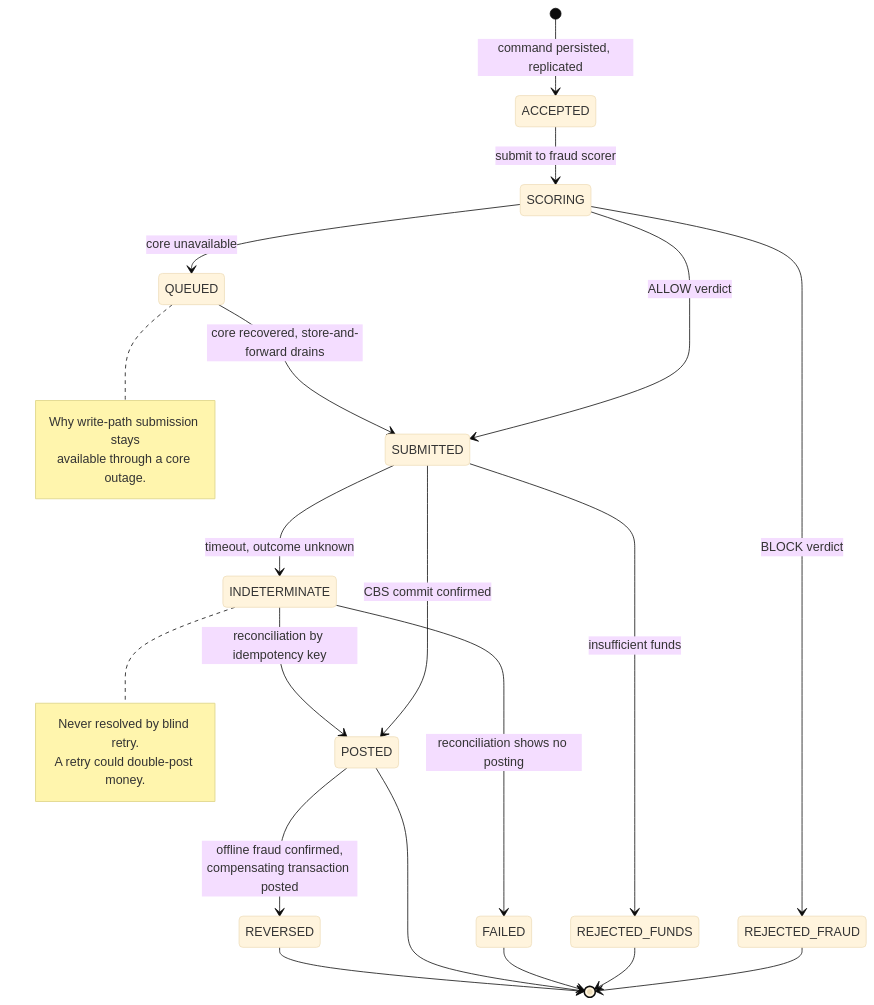
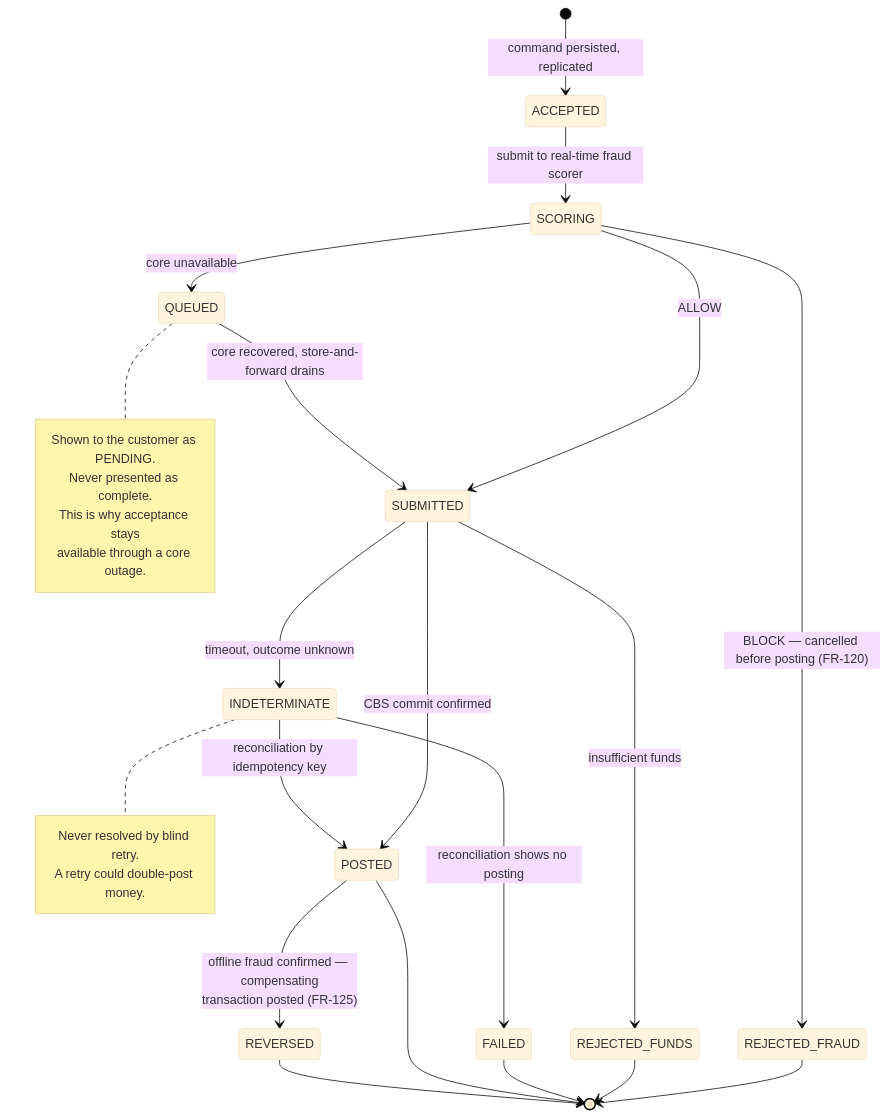
One commit to sunnydubey1111/neobank-digital-leap changed diagram 14 of 15 in docs/solution/diagrams.md. Above: the diagram before and after it, drawn with Mermaid (base theme). The commit also changed other lines of this file and 7 other files, not shown here.

````diff
--- a/docs/solution/diagrams.md
+++ b/docs/solution/diagrams.md
@@ -518,30 +635,32 @@
 ```mermaid
 stateDiagram-v2
     [*] --> ACCEPTED: command persisted, replicated
-    ACCEPTED --> SCORING: submit to fraud scorer
-    SCORING --> REJECTED_FRAUD: BLOCK verdict
+    ACCEPTED --> SCORING: submit to real-time fraud scorer
+    SCORING --> REJECTED_FRAUD: BLOCK — cancelled before posting (FR-120)
     SCORING --> QUEUED: core unavailable
-    SCORING --> SUBMITTED: ALLOW verdict
+    SCORING --> SUBMITTED: ALLOW
     QUEUED --> SUBMITTED: core recovered, store-and-forward drains
     SUBMITTED --> POSTED: CBS commit confirmed
     SUBMITTED --> REJECTED_FUNDS: insufficient funds
     SUBMITTED --> INDETERMINATE: timeout, outcome unknown
     INDETERMINATE --> POSTED: reconciliation by idempotency key
     INDETERMINATE --> FAILED: reconciliation shows no posting
-    POSTED --> REVERSED: offline fraud confirmed,<br/>compensating transaction posted
+    POSTED --> REVERSED: offline fraud confirmed — compensating<br/>transaction posted (FR-125)
     REJECTED_FRAUD --> [*]
     REJECTED_FUNDS --> [*]
     FAILED --> [*]
     POSTED --> [*]
     REVERSED --> [*]
 
+    note right of QUEUED
+        Shown to the customer as PENDING.
+        Never presented as complete.
+        This is why acceptance stays
+        available through a core outage.
+    end note
+
     note right of INDETERMINATE
         Never resolved by blind retry.
         A retry could double-post money.
     end note
-
-    note right of QUEUED
-        Why write-path submission stays
-        available through a core outage.
-    end note
 ```
````
